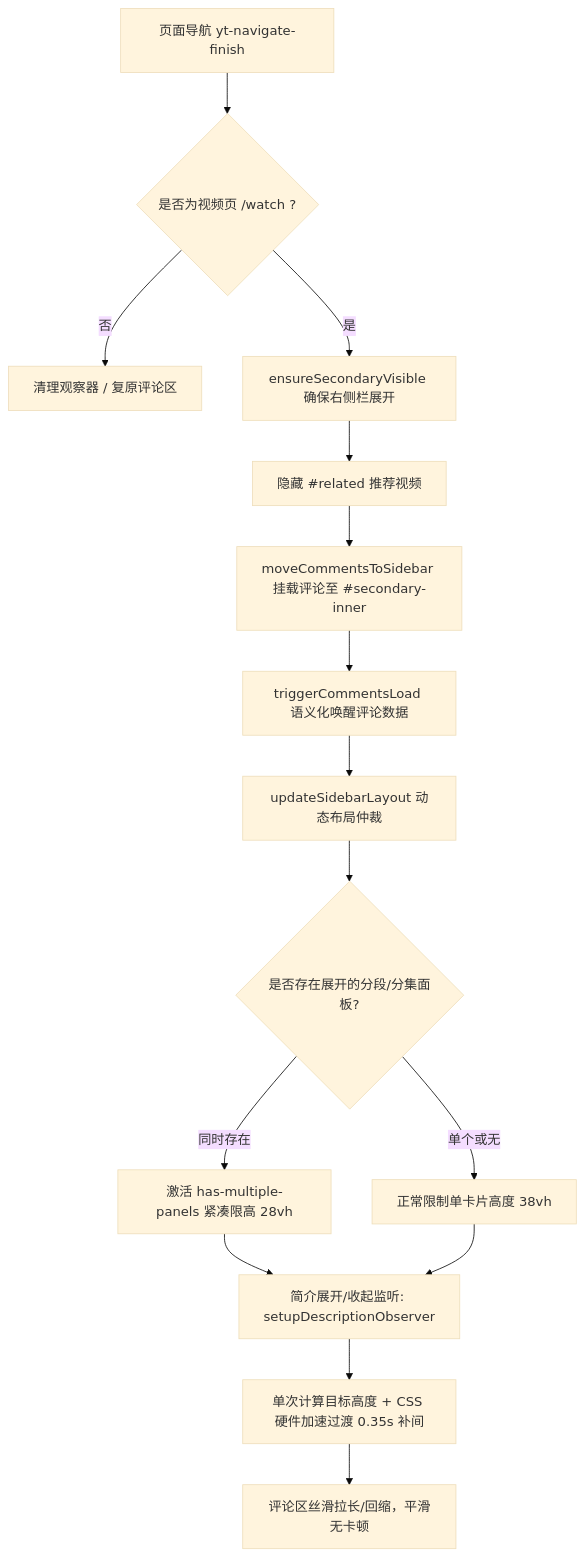
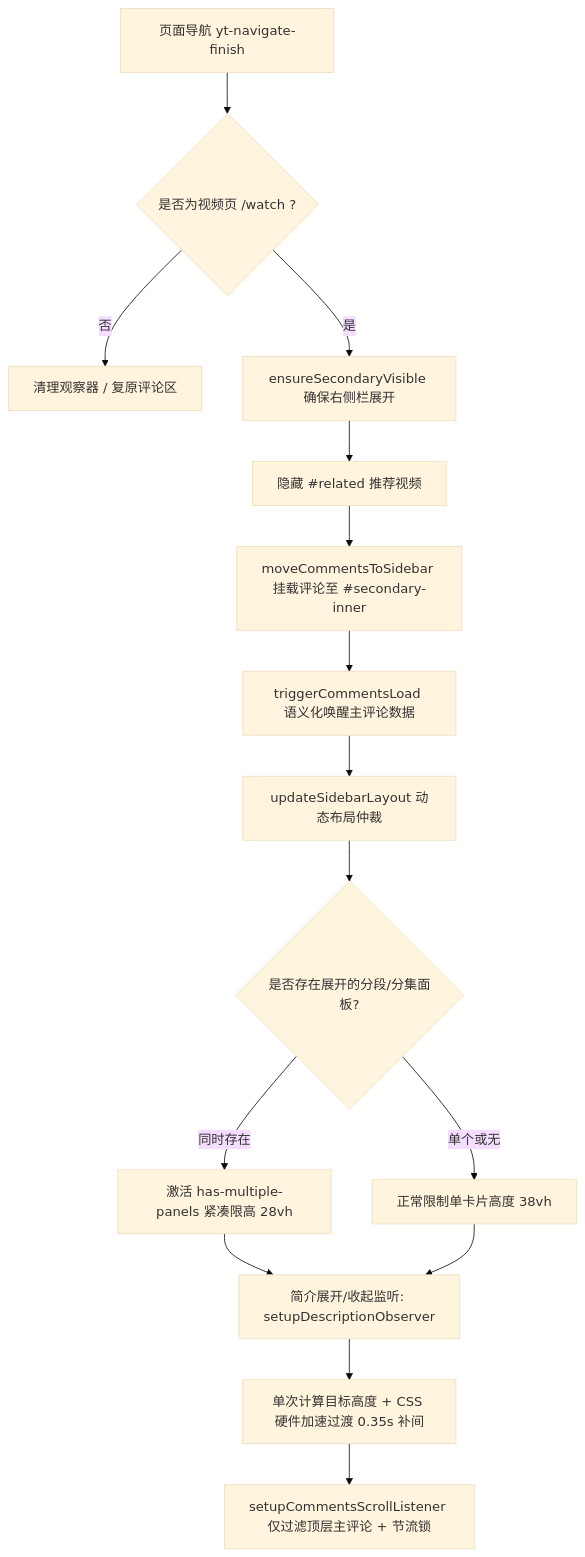
One commit to tom613951/youtube-comments-sidebar changed the diagram in README.md. Above: the diagram before and after it, drawn with Mermaid (base theme). The commit also changed other lines of this file and 1 other file, not shown here.

Commit message:
fix(v3.3): isolate continuation scope to top-level comments and add throttle lock to prevent duplicate reply loading

````diff
--- a/README.md
+++ b/README.md
@@ -57,17 +57,17 @@
 ```mermaid
 flowchart TD
     A[页面导航 yt-navigate-finish] --> B{是否为视频页 /watch ?}
     B -- 否 --> C[清理观察器 / 复原评论区]
     B -- 是 --> D[ensureSecondaryVisible 确保右侧栏展开]
     D --> E[隐藏 #related 推荐视频]
     E --> F[moveCommentsToSidebar 挂载评论至 #secondary-inner]
-    F --> G[triggerCommentsLoad 语义化唤醒评论数据]
+    F --> G[triggerCommentsLoad 语义化唤醒主评论数据]
     G --> H[updateSidebarLayout 动态布局仲裁]
     H --> I{是否存在展开的分段/分集面板?}
     I -- 同时存在 --> J[激活 has-multiple-panels 紧凑限高 28vh]
     I -- 单个或无 --> K[正常限制单卡片高度 38vh]
     J --> L[简介展开/收起监听: setupDescriptionObserver]
     K --> L
     L --> M[单次计算目标高度 + CSS 硬件加速过渡 0.35s 补间]
-    M --> N[评论区丝滑拉长/回缩，平滑无卡顿]
+    M --> N[setupCommentsScrollListener 仅过滤顶层主评论 + 节流锁]
 ```
````
